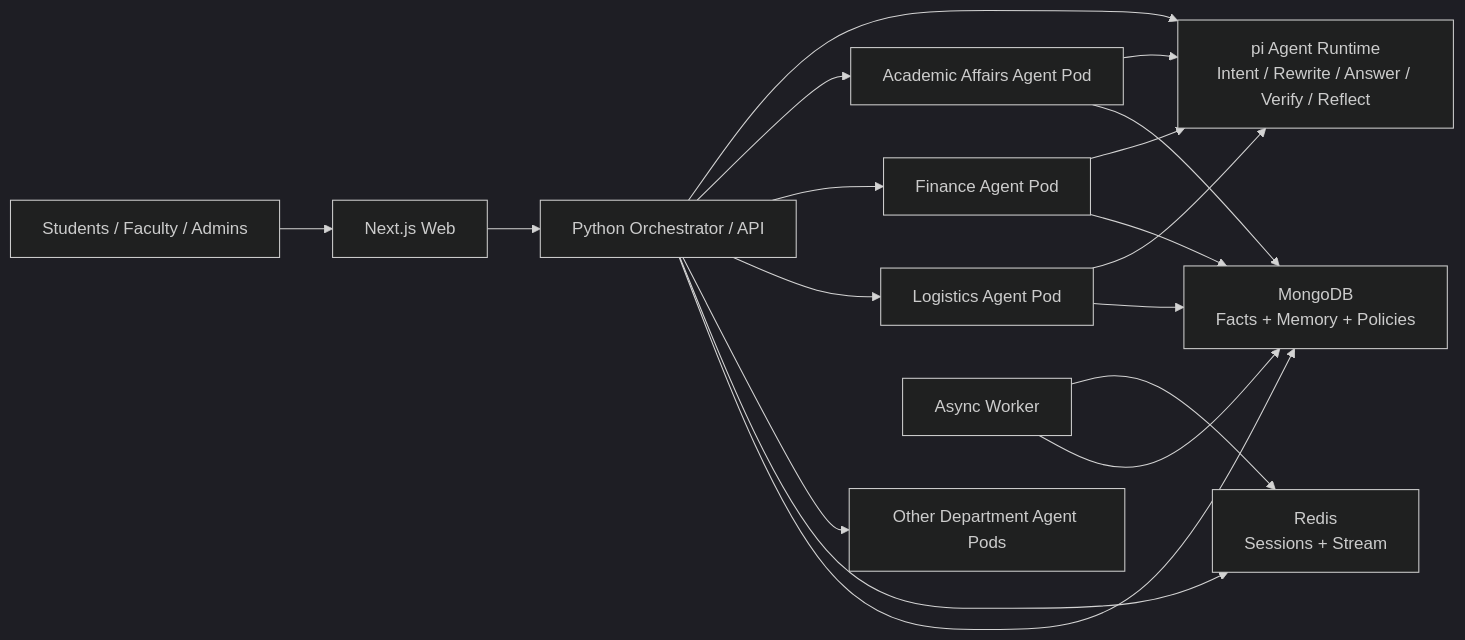
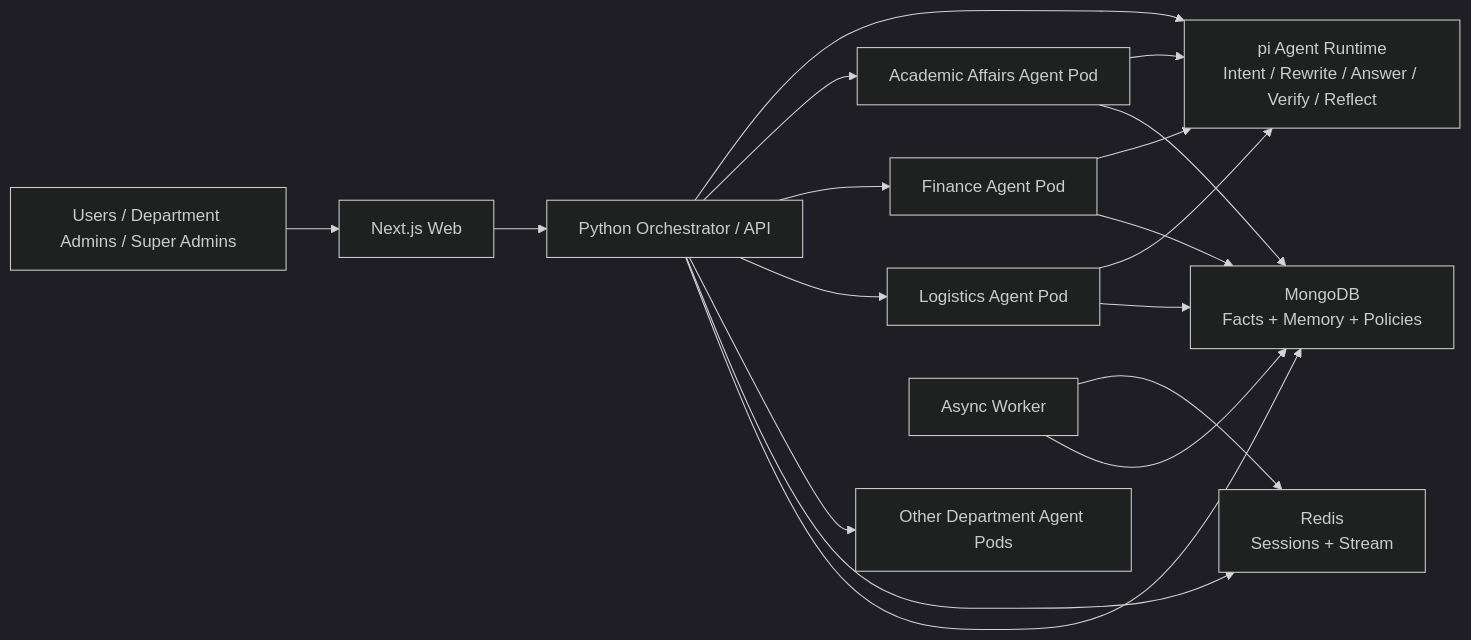
One commit to CrstalLi02/clausewise changed the second of 6 diagrams in design_files/Clausewise-Code-Walkthrough-Cross-Department-Self-Evolving-Document-Processing-and-QA-Assistant.md. Above: the diagram before and after it, drawn with Mermaid (dark theme). The commit also changed other lines of this file and 26 other files, not shown here.

````diff
--- a/design_files/Clausewise-Code-Walkthrough-Cross-Department-Self-Evolving-Document-Processing-and-QA-Assistant.md
+++ b/design_files/Clausewise-Code-Walkthrough-Cross-Department-Self-Evolving-Document-Processing-and-QA-Assistant.md
@@ -190,21 +190,21 @@
 ```mermaid
 flowchart LR
-    U["Students / Faculty / Admins"] --> WEB["Next.js Web"]
+    U["Users / Department Admins / Super Admins"] --> WEB["Next.js Web"]
     WEB --> API["Python Orchestrator / API"]
     API --> PI["pi Agent Runtime<br/>Intent / Rewrite / Answer / Verify / Reflect"]
     API --> JWC["Academic Affairs Agent Pod"]
     API --> CWC["Finance Agent Pod"]
     API --> HQ["Logistics Agent Pod"]
     API --> OTHER["Other Department Agent Pods"]
 
     API --> REDIS["Redis<br/>Sessions + Stream"]
     API --> MONGO["MongoDB<br/>Facts + Memory + Policies"]
     JWC --> PI
     CWC --> PI
     HQ --> PI
     JWC --> MONGO
     CWC --> MONGO
     HQ --> MONGO
     WORKER["Async Worker"] --> REDIS
     WORKER --> MONGO
 ```
````
